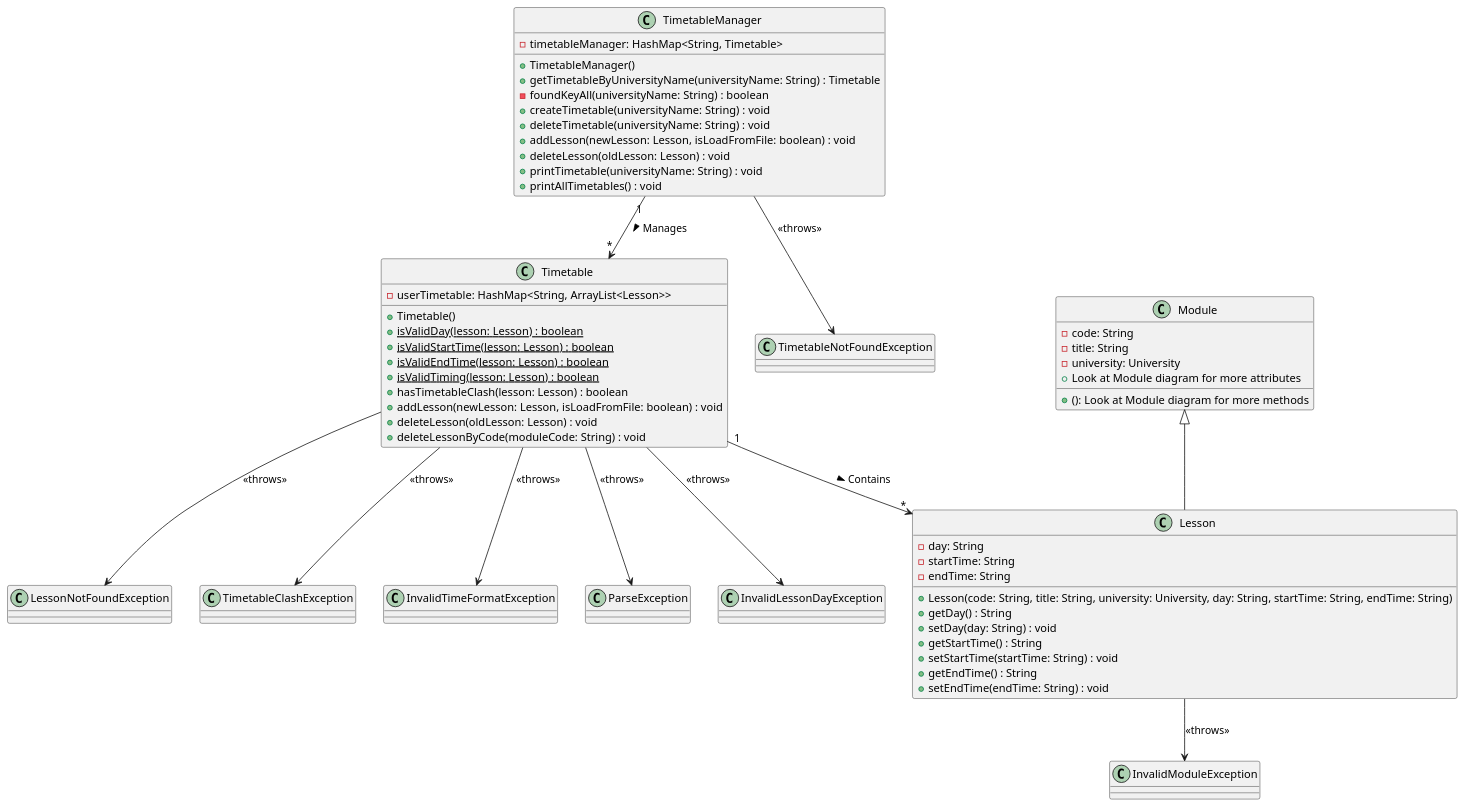
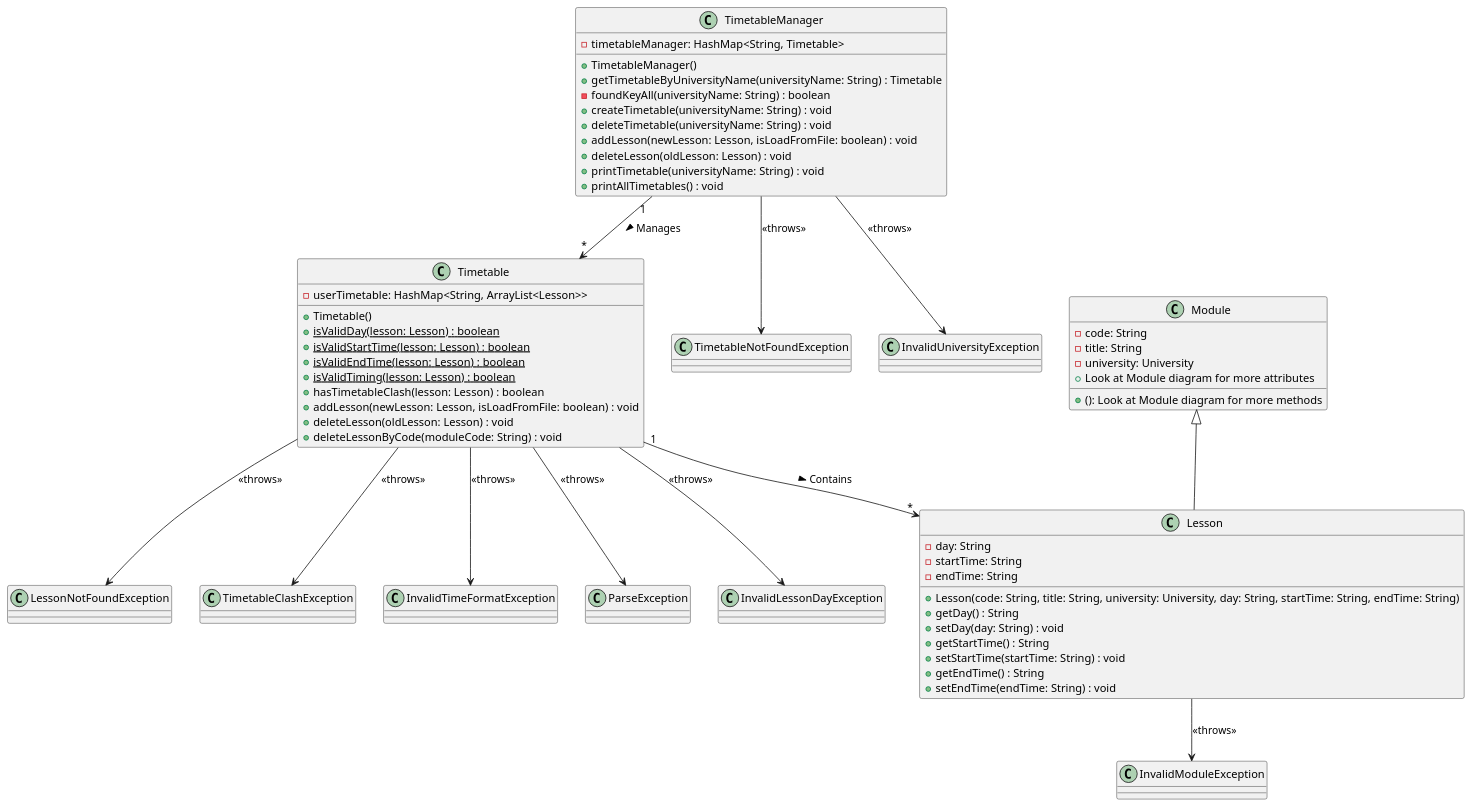
Before and after one commit to nus-cs2113-AY2223S1/tp: the diagram in docs/diagrams/Timetable_Class.puml, drawn with PlantUML. The commit also changed 1 other file, not shown here.

Commit message:
Update Timetable diagram

```diff
--- a/docs/diagrams/Timetable_Class.puml
+++ b/docs/diagrams/Timetable_Class.puml
@@ -1,83 +1,87 @@
 @startuml
 'https://plantuml.com/class-diagram
 
 class TimetableManager {
     - timetableManager: HashMap<String, Timetable>
     + TimetableManager()
     + getTimetableByUniversityName(universityName: String) : Timetable
     - foundKeyAll(universityName: String) : boolean
     + createTimetable(universityName: String) : void
     + deleteTimetable(universityName: String) : void
     + addLesson(newLesson: Lesson, isLoadFromFile: boolean) : void
     + deleteLesson(oldLesson: Lesson) : void
     + printTimetable(universityName: String) : void
     + printAllTimetables() : void
 }
 
 class Timetable {
     - userTimetable: HashMap<String, ArrayList<Lesson>>
     + Timetable()
     {static} + isValidDay(lesson: Lesson) : boolean
     {static} + isValidStartTime(lesson: Lesson) : boolean
     {static} + isValidEndTime(lesson: Lesson) : boolean
     {static} + isValidTiming(lesson: Lesson) : boolean
     + hasTimetableClash(lesson: Lesson) : boolean
     + addLesson(newLesson: Lesson, isLoadFromFile: boolean) : void
     + deleteLesson(oldLesson: Lesson) : void
     + deleteLessonByCode(moduleCode: String) : void
 }
 
 class Lesson {
     - day: String
     - startTime: String
     - endTime: String
     + Lesson(code: String, title: String, university: University, day: String, startTime: String, endTime: String)
     + getDay() : String
     + setDay(day: String) : void
     + getStartTime() : String
     + setStartTime(startTime: String) : void
     + getEndTime() : String
     + setEndTime(endTime: String) : void
 }
 
 class Module {
     - code: String
     - title: String
     - university: University
     + Look at Module diagram for more attributes
     + (): Look at Module diagram for more methods
 }
 
 class LessonNotFoundException {
 }
 
 class TimetableNotFoundException {
 }
 
 class TimetableClashException {
 }
 
 class InvalidModuleException {
 }
 
 class InvalidTimeFormatException {
 }
 
 class ParseException {
 }
 
 class InvalidLessonDayException {
 }
 
+class InvalidUniversityException {
+}
+
 TimetableManager "1" --> "*" Timetable :> Manages
 Timetable "1" --> "*" Lesson :> Contains
 Lesson --> InvalidModuleException : <<throws>>
 Timetable --> InvalidTimeFormatException : <<throws>>
 Timetable --> TimetableClashException : <<throws>>
 Timetable --> ParseException : <<throws>>
 Timetable --> LessonNotFoundException : <<throws>>
 Timetable --> InvalidLessonDayException : <<throws>>
 TimetableManager --> TimetableNotFoundException : <<throws>>
+TimetableManager --> InvalidUniversityException : <<throws>>
 Module <|-- Lesson
 
 @enduml
```
